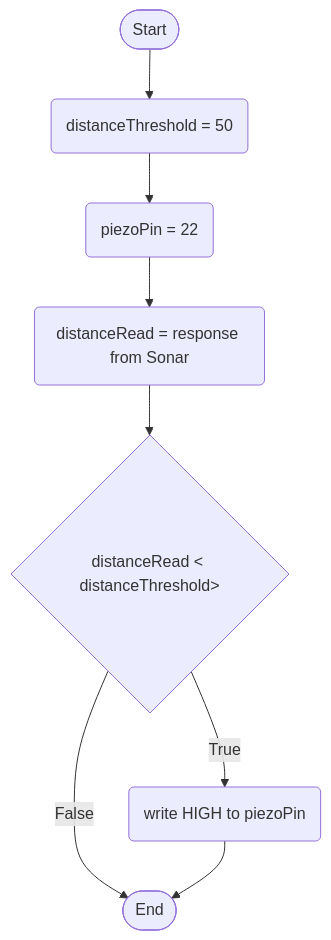
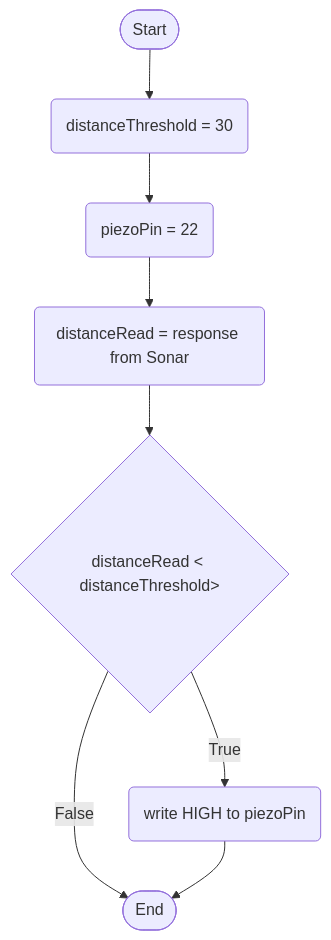
One commit to Saxonugfd7/ElectronicsBoard changed the first of 2 diagrams in logic.md. Above: the diagram before and after it, drawn with Mermaid.

Commit message:
updated threshold

````diff
--- a/logic.md
+++ b/logic.md
@@ -3,18 +3,18 @@
 ```mermaid
 flowchart TD
     terminalStart([Start])
     terminalEnd([End])
-    thresholdSet(distanceThreshold = 50)
+    thresholdSet(distanceThreshold = 30)
     setPiezoPin(piezoPin = 22)
     currentDistanceReading(distanceRead = response from Sonar)
     activatePiezo(write HIGH to piezoPin)
     ifDistanceLessThanThreshold{distanceRead < distanceThreshold>}
 
     terminalStart --> thresholdSet
     thresholdSet --> setPiezoPin
     setPiezoPin --> currentDistanceReading
     currentDistanceReading --> ifDistanceLessThanThreshold
     ifDistanceLessThanThreshold --> |True| activatePiezo
     ifDistanceLessThanThreshold --> |False| terminalEnd
     activatePiezo --> terminalEnd
 ```
````
